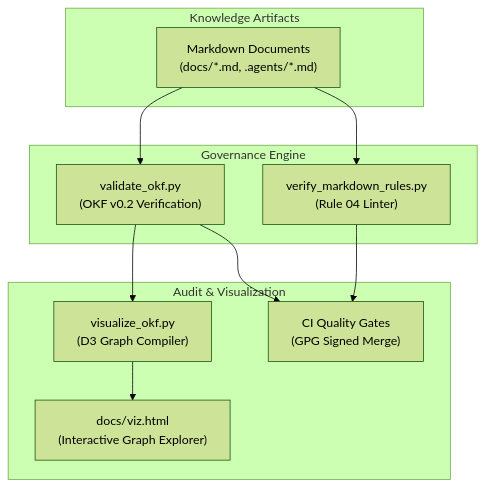
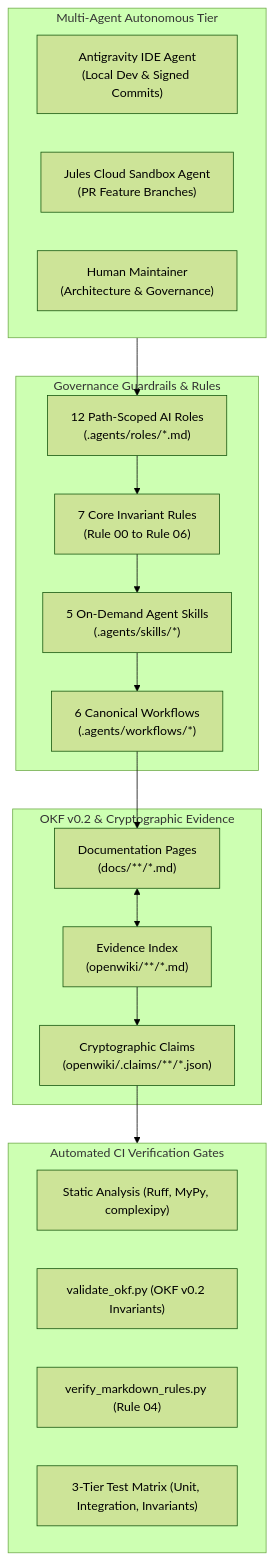
Before and after one commit to foersben/taxon-vision-mlops: the first of 2 diagrams in docs/operations/agentic_governance_and_okf.md, drawn with Mermaid (forest theme). The commit also changed other lines of this file and 3 other files, not shown here.

Commit message:
docs(operations): complete agentic governance, OpenWiki evidence matrix, and observability architecture

````diff
--- a/docs/operations/agentic_governance_and_okf.md
+++ b/docs/operations/agentic_governance_and_okf.md
@@ -17,24 +22,37 @@
 ```mermaid
 flowchart TD
-    subgraph S1["Knowledge Artifacts"]
-        D["Markdown Documents<br/>(docs/*.md, .agents/*.md)"]
+    subgraph Agents["Multi-Agent Autonomous Tier"]
+        AGY["Antigravity IDE Agent<br/>(Local Dev & Signed Commits)"]
+        JUL["Jules Cloud Sandbox Agent<br/>(PR Feature Branches)"]
+        HUM["Human Maintainer<br/>(Architecture & Governance)"]
     end
 
-    subgraph S2["Governance Engine"]
-        V["validate_okf.py<br/>(OKF v0.2 Verification)"]
-        M["verify_markdown_rules.py<br/>(Rule 04 Linter)"]
+    subgraph Governance["Governance Guardrails & Rules"]
+        ROLES["12 Path-Scoped AI Roles<br/>(.agents/roles/*.md)"]
+        RULES["7 Core Invariant Rules<br/>(Rule 00 to Rule 06)"]
+        SKILLS["5 On-Demand Agent Skills<br/>(.agents/skills/*)"]
+        FLOWS["6 Canonical Workflows<br/>(.agents/workflows/*)"]
     end
 
-    subgraph S3["Audit & Visualization"]
-        G["visualize_okf.py<br/>(D3 Graph Compiler)"]
-        VIZ["docs/viz.html<br/>(Interactive Graph Explorer)"]
-        PR["CI Quality Gates<br/>(GPG Signed Merge)"]
+    subgraph OKF["OKF v0.2 & Cryptographic Evidence"]
+        DOCS["Documentation Pages<br/>(docs/**/*.md)"]
+        WIKI["Evidence Index<br/>(openwiki/**/*.md)"]
+        CLAIMS["Cryptographic Claims<br/>(openwiki/.claims/**/*.json)"]
     end
 
-    D --> V
-    D --> M
-    V --> G
-    G --> VIZ
-    V --> PR
-    M --> PR
+    subgraph Gates["Automated CI Verification Gates"]
+        LINT["Static Analysis (Ruff, MyPy, complexipy)"]
+        VOKF["validate_okf.py (OKF v0.2 Invariants)"]
+        MRULE["verify_markdown_rules.py (Rule 04)"]
+        TESTS["3-Tier Test Matrix (Unit, Integration, Invariants)"]
+    end
+
+    Agents --> ROLES
+    ROLES --> RULES
+    RULES --> SKILLS
+    SKILLS --> FLOWS
+    FLOWS --> DOCS
+    DOCS <--> WIKI
+    WIKI --> CLAIMS
+    CLAIMS --> Gates
 ```
````
